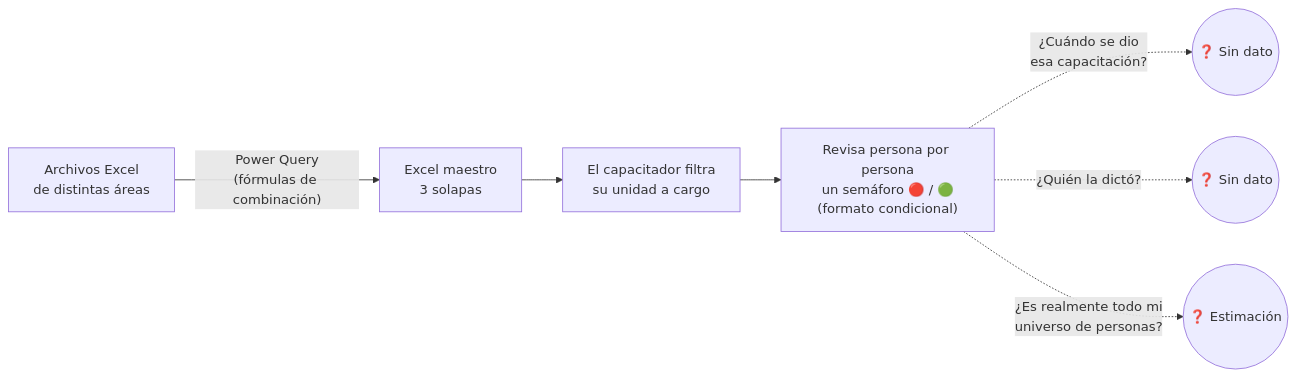
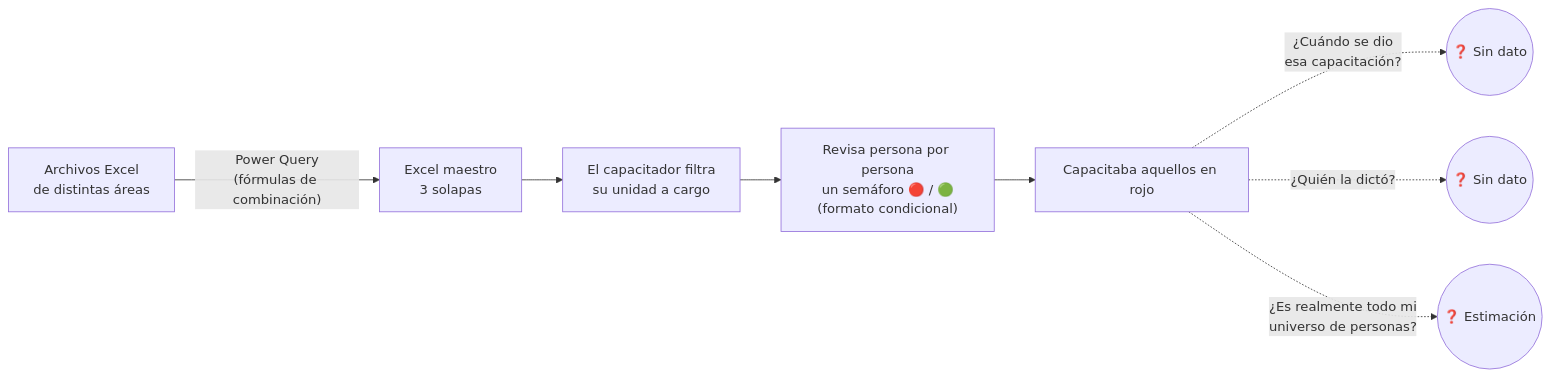
The first of 5 diagrams in charla-5-min/README.md (jminolli-e/case-studies), drawn with Mermaid before and after one commit. The commit also changed other lines of this file, not shown here.

````diff
--- a/charla-5-min/README.md
+++ b/charla-5-min/README.md
@@ -21,9 +19,10 @@
 ```mermaid
 flowchart LR
     A["Archivos Excel<br/>de distintas áreas"] -->|"Power Query<br/>(fórmulas de combinación)"| B["Excel maestro<br/>3 solapas"]
     B --> C["El capacitador filtra<br/>su unidad a cargo"]
     C --> D["Revisa persona por persona<br/>un semáforo 🔴 / 🟢<br/>(formato condicional)"]
-    D -.->|"¿Cuándo se dio<br/>esa capacitación?"| Q1(("❓ Sin dato"))
-    D -.->|"¿Quién la dictó?"| Q2(("❓ Sin dato"))
-    D -.->|"¿Es realmente todo mi<br/>universo de personas?"| Q3(("❓ Estimación"))
+    D --> E["Capacitaba aquellos en rojo"]
+    E -.->|"¿Cuándo se dio<br/>esa capacitación?"| Q1(("❓ Sin dato"))
+    E -.->|"¿Quién la dictó?"| Q2(("❓ Sin dato"))
+    E -.->|"¿Es realmente todo mi<br/>universo de personas?"| Q3(("❓ Estimación"))
 ```
````
